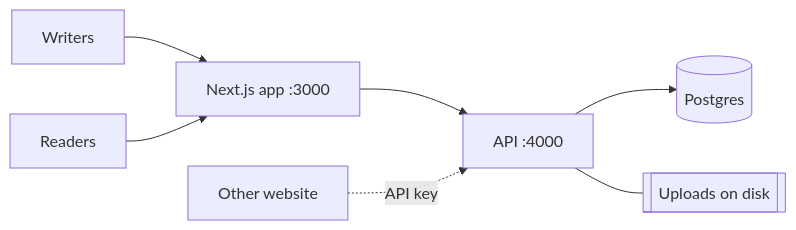
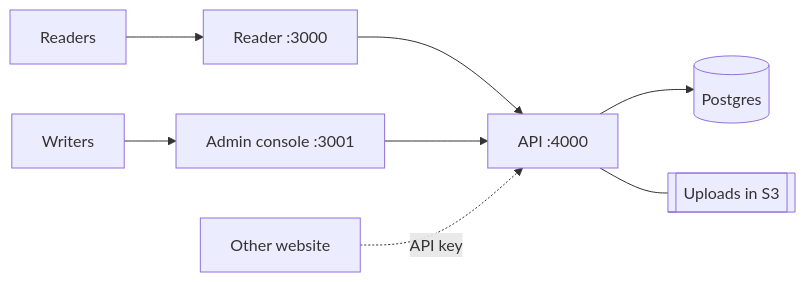
Before and after one commit to ZIDAN44/Czy_Blog: the diagram in docs/introduction.md, drawn with Mermaid. The commit also changed other lines of this file and 58 other files, not shown here.

First line of the commit message:
Split reader and admin into separate apps

````diff
--- a/docs/introduction.md
+++ b/docs/introduction.md
@@ -13,9 +14,10 @@
 ```mermaid
 flowchart LR
-    W["Writers"] --> NEXT["Next.js app :3000"]
-    R["Readers"] --> NEXT
-    NEXT --> API["API :4000"]
+    R["Readers"] --> WEB["Reader :3000"]
+    W["Writers"] --> DASH["Admin console :3001"]
+    WEB --> API["API :4000"]
+    DASH --> API
     API --> DB[("Postgres")]
-    API --- UP[["Uploads on disk"]]
+    API --- UP[["Uploads in S3"]]
     EXT["Other website"] -.->|API key| API
 ```
````
